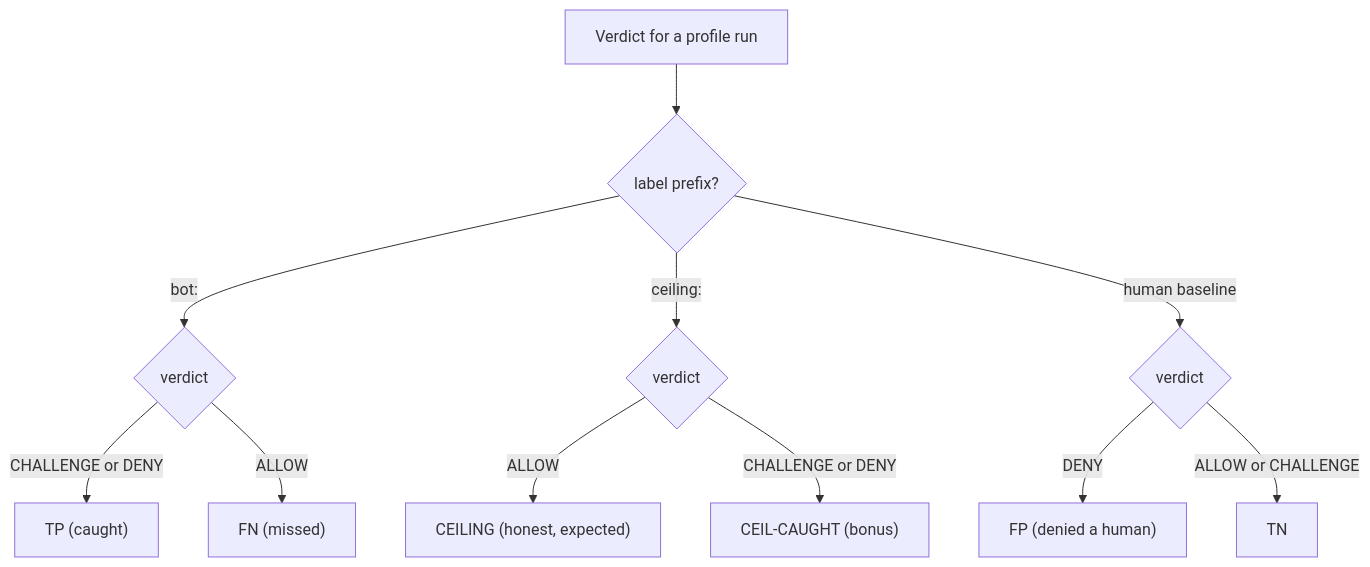
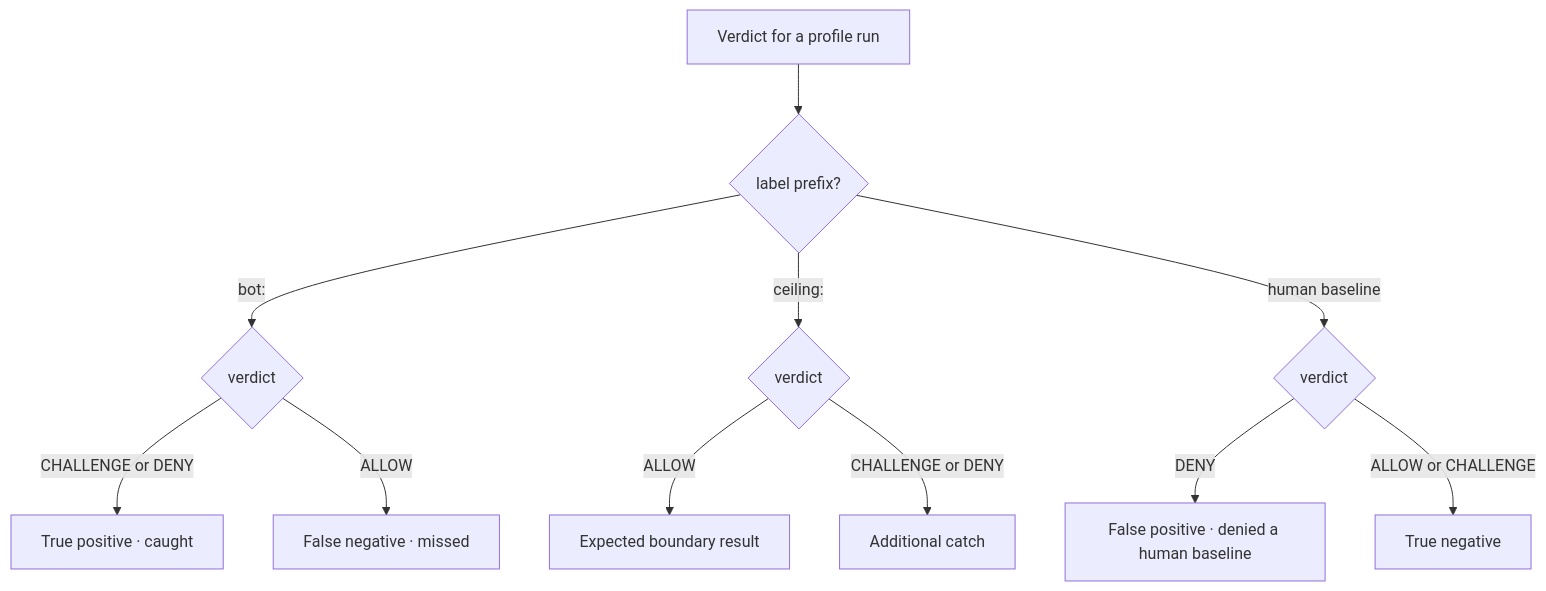
Before and after one commit to modootoday/humanymous: the diagram in docs/explanation/red-catalog-architecture.md, drawn with Mermaid. The commit also changed other lines of this file and 62 other files, not shown here.

````diff
--- a/docs/explanation/red-catalog-architecture.md
+++ b/docs/explanation/red-catalog-architecture.md
@@ -47,15 +38,15 @@
 ```mermaid
 flowchart TD
   V["Verdict for a profile run"]
   L{"label prefix?"}
   V --> L
   L -- "bot:" --> BV{"verdict"}
   L -- "ceiling:" --> CV{"verdict"}
   L -- "human baseline" --> HV{"verdict"}
-  BV -- "CHALLENGE or DENY" --> TP["TP (caught)"]
-  BV -- "ALLOW" --> FN["FN (missed)"]
-  CV -- "ALLOW" --> CEIL["CEILING (honest, expected)"]
-  CV -- "CHALLENGE or DENY" --> CC["CEIL-CAUGHT (bonus)"]
-  HV -- "DENY" --> FP["FP (denied a human)"]
-  HV -- "ALLOW or CHALLENGE" --> TN["TN"]
+  BV -- "CHALLENGE or DENY" --> Caught["True positive · caught"]
+  BV -- "ALLOW" --> Missed["False negative · missed"]
+  CV -- "ALLOW" --> Boundary["Expected boundary result"]
+  CV -- "CHALLENGE or DENY" --> Bonus["Additional catch"]
+  HV -- "DENY" --> Wrong["False positive · denied a human baseline"]
+  HV -- "ALLOW or CHALLENGE" --> Baseline["True negative"]
 ```
````
